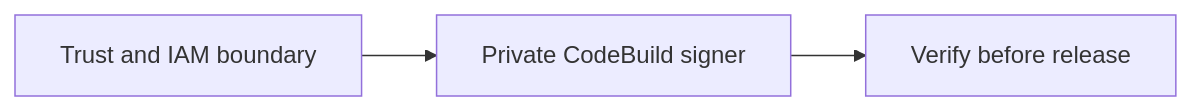
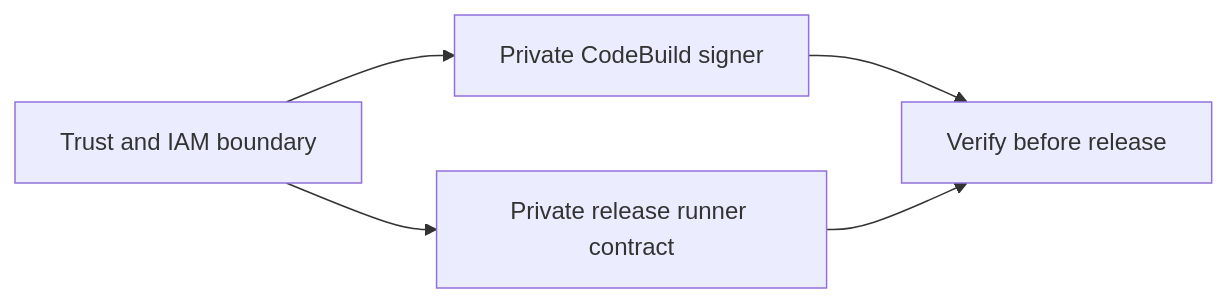
The diagram in plans/2026-09-03-vault-codebuild-signer/graph.mmd (s1ns3nz0/node-operator), drawn with Mermaid before and after one commit. The commit also changed 2 other files, not shown here.

```diff
--- a/plans/2026-09-03-vault-codebuild-signer/graph.mmd
+++ b/plans/2026-09-03-vault-codebuild-signer/graph.mmd
@@ -1,2 +1,3 @@
 flowchart LR
 T1[Trust and IAM boundary] --> T2[Private CodeBuild signer] --> T3[Verify before release]
+T1 --> T4[Private release runner contract] --> T3
```
